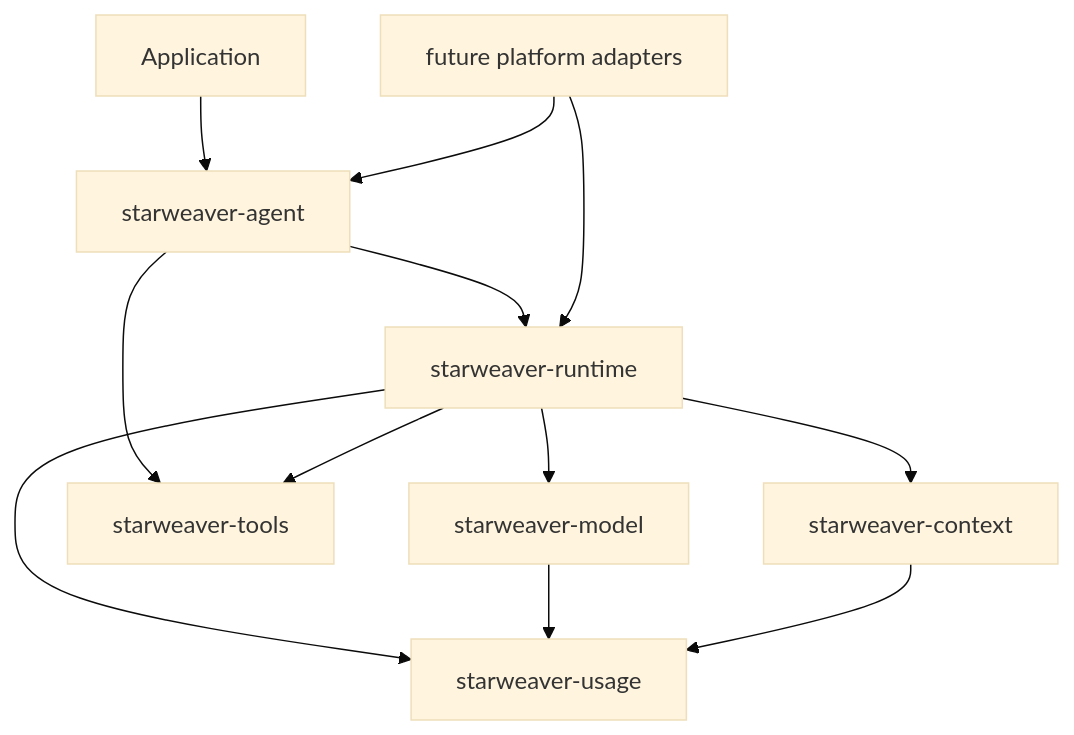
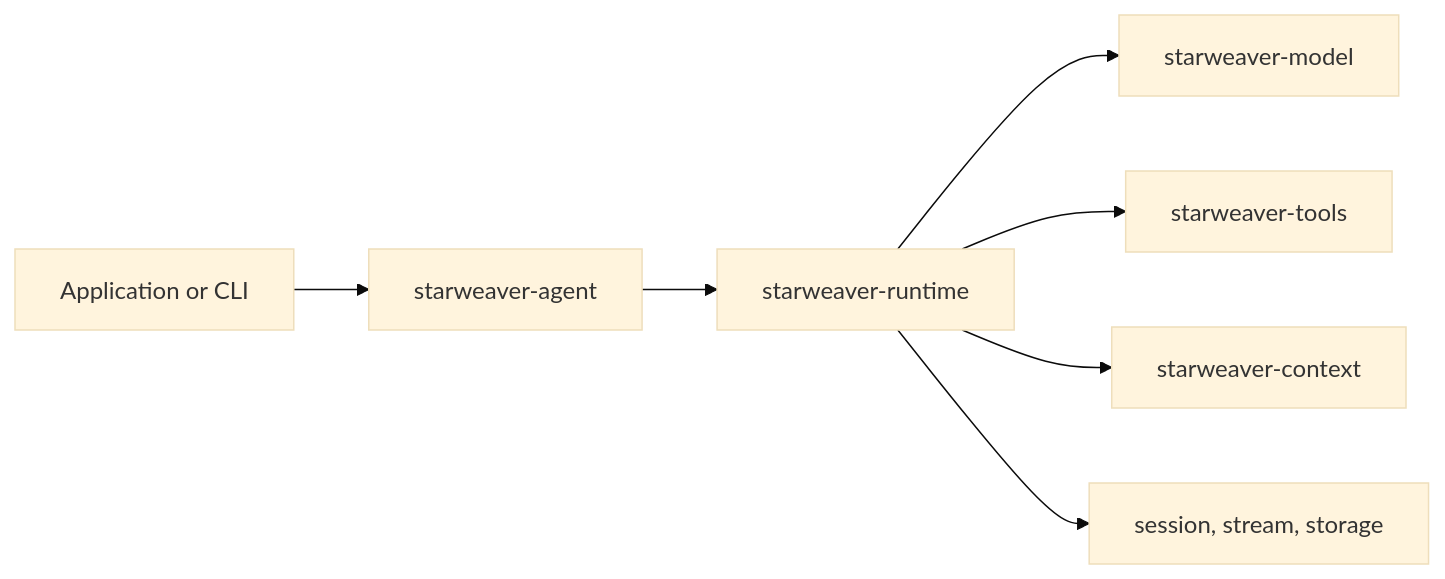
The diagram in docs/index.md (Wh1isper/starweaver), drawn with Mermaid (base theme) before and after one commit. The commit also changed other lines of this file and 31 other files, not shown here.

````diff
--- a/docs/index.md
+++ b/docs/index.md
@@ -7,23 +10,17 @@
 ```mermaid
-flowchart TD
-    app[Application]
-    sdk[starweaver-agent]
-    runtime[starweaver-runtime]
-    usage[starweaver-usage]
-    model[starweaver-model]
-    tools[starweaver-tools]
-    context[starweaver-context]
-    platform[future platform adapters]
+flowchart LR
+    app["Application or CLI"]
+    agent["starweaver-agent"]
+    runtime["starweaver-runtime"]
+    model["starweaver-model"]
+    tools["starweaver-tools"]
+    context["starweaver-context"]
+    ops["session, stream, storage"]
 
-    app --> sdk
-    sdk --> runtime
-    sdk --> tools
+    app --> agent
+    agent --> runtime
     runtime --> model
     runtime --> tools
     runtime --> context
-    runtime --> usage
-    model --> usage
-    context --> usage
-    platform --> sdk
-    platform --> runtime
+    runtime --> ops
 ```
````
